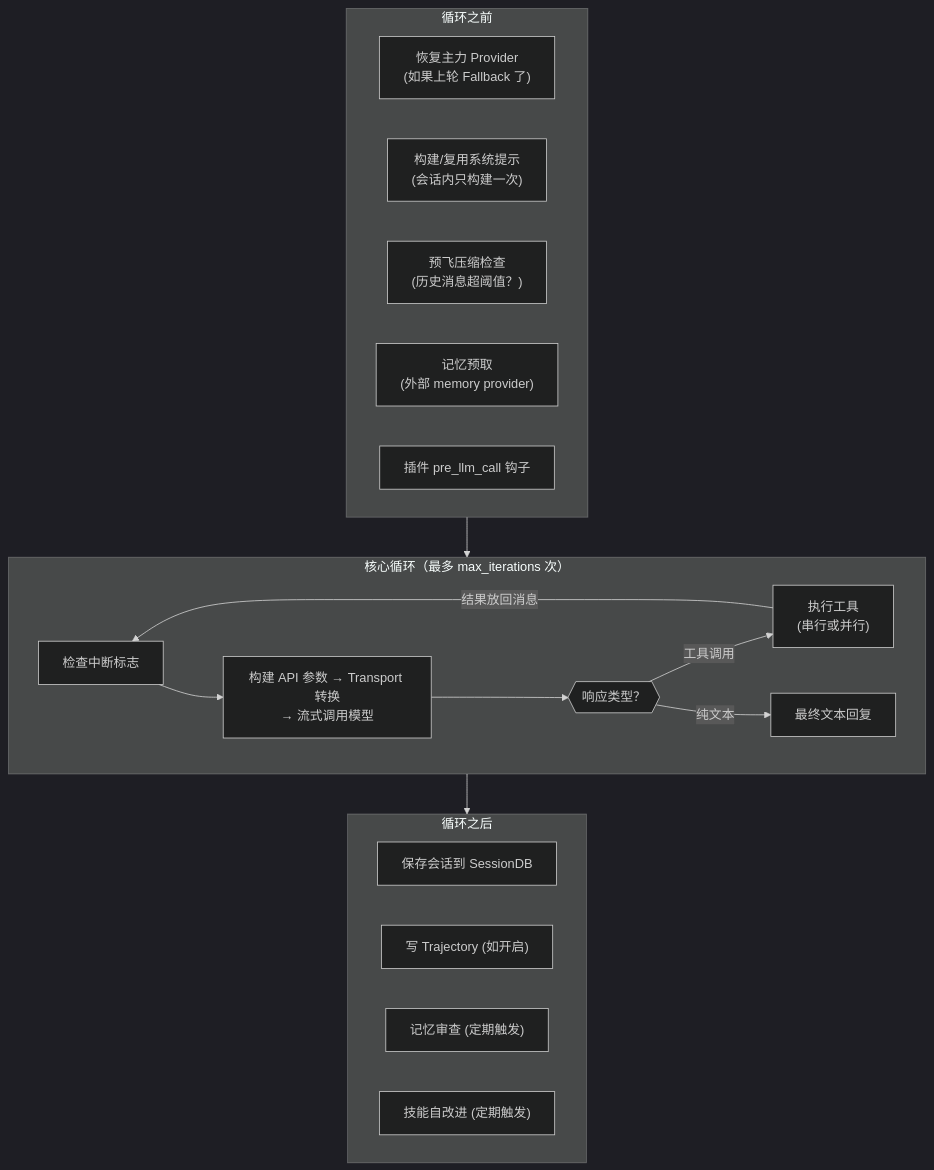
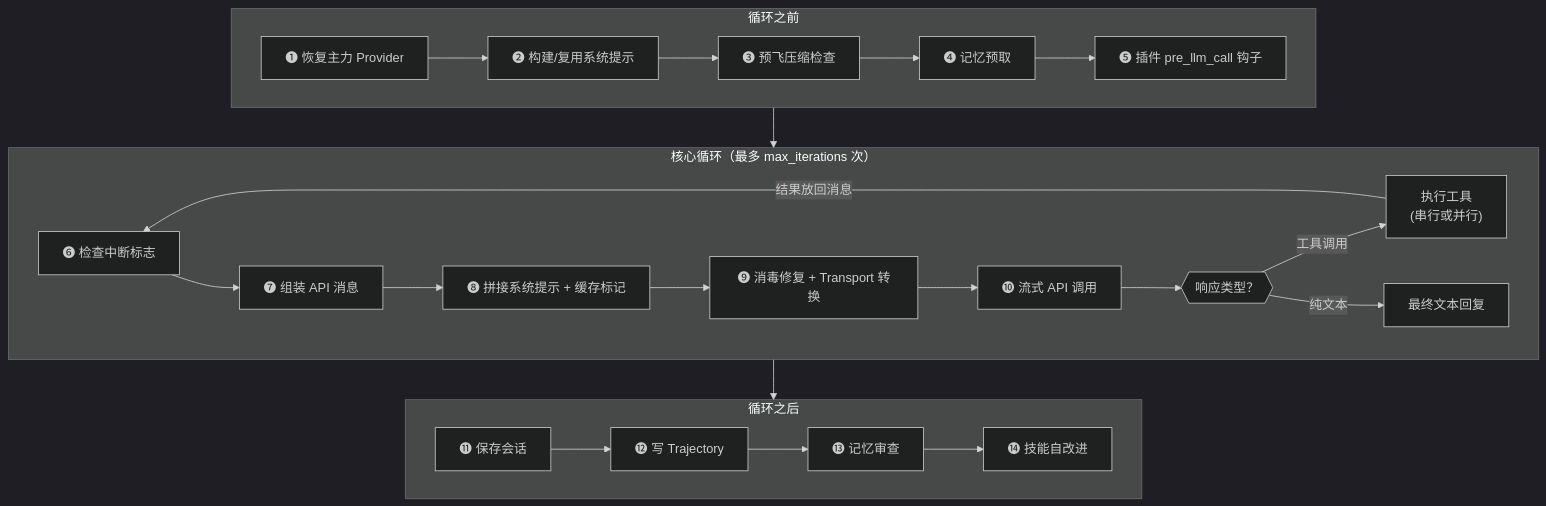
Before and after one commit to fang-lin/hermes-agent-code-analysis: the third of 9 diagrams in docs/zh/drafts/02-draft.md, drawn with Mermaid (dark theme). The commit also changed other lines of this file and 1 other file, not shown here.

First line of the commit message:
第 02 章：LLM 消息结构改为 Mermaid 图 + 生命周期 14 步编号详解

````diff
--- a/docs/zh/drafts/02-draft.md
+++ b/docs/zh/drafts/02-draft.md
@@ -152,31 +152,36 @@
 ```mermaid
 flowchart TD
     subgraph BEFORE ["循环之前"]
-        R["恢复主力 Provider<br/>#40;如果上轮 Fallback 了#41;"]
-        S["构建/复用系统提示<br/>#40;会话内只构建一次#41;"]
-        C["预飞压缩检查<br/>#40;历史消息超阈值？#41;"]
-        M["记忆预取<br/>#40;外部 memory provider#41;"]
-        P["插件 pre_llm_call 钩子"]
+        B1["❶ 恢复主力 Provider"]
+        B2["❷ 构建/复用系统提示"]
+        B3["❸ 预飞压缩检查"]
+        B4["❹ 记忆预取"]
+        B5["❺ 插件 pre_llm_call 钩子"]
+        B1 --> B2 --> B3 --> B4 --> B5
     end
 
     subgraph LOOP ["核心循环（最多 max_iterations 次）"]
-        CHK["检查中断标志"]
-        API["构建 API 参数 → Transport 转换<br/>→ 流式调用模型"]
-        PARSE{{"响应类型？"}}
-        TOOL["执行工具<br/>#40;串行或并行#41;"]
-        TEXT["最终文本回复"]
-        CHK --> API --> PARSE
-        PARSE -->|工具调用| TOOL
-        TOOL -->|结果放回消息| CHK
-        PARSE -->|纯文本| TEXT
+        L1["❻ 检查中断标志"]
+        L2["❼ 组装 API 消息"]
+        L3["❽ 拼接系统提示 + 缓存标记"]
+        L4["❾ 消毒修复 + Transport 转换"]
+        L5["❿ 流式 API 调用"]
+        L6{{"响应类型？"}}
+        L7["执行工具<br/>#40;串行或并行#41;"]
+        L8["最终文本回复"]
+        L1 --> L2 --> L3 --> L4 --> L5 --> L6
+        L6 -->|工具调用| L7
+        L7 -->|结果放回消息| L1
+        L6 -->|纯文本| L8
     end
 
     subgraph AFTER ["循环之后"]
-        SAVE["保存会话到 SessionDB"]
-        TRAJ["写 Trajectory #40;如开启#41;"]
-        MEM["记忆审查 #40;定期触发#41;"]
-        SKILL["技能自改进 #40;定期触发#41;"]
+        A1["⓫ 保存会话"]
+        A2["⓬ 写 Trajectory"]
+        A3["⓭ 记忆审查"]
+        A4["⓮ 技能自改进"]
+        A1 --> A2 --> A3 --> A4
     end
 
     BEFORE --> LOOP --> AFTER
 ```
````
